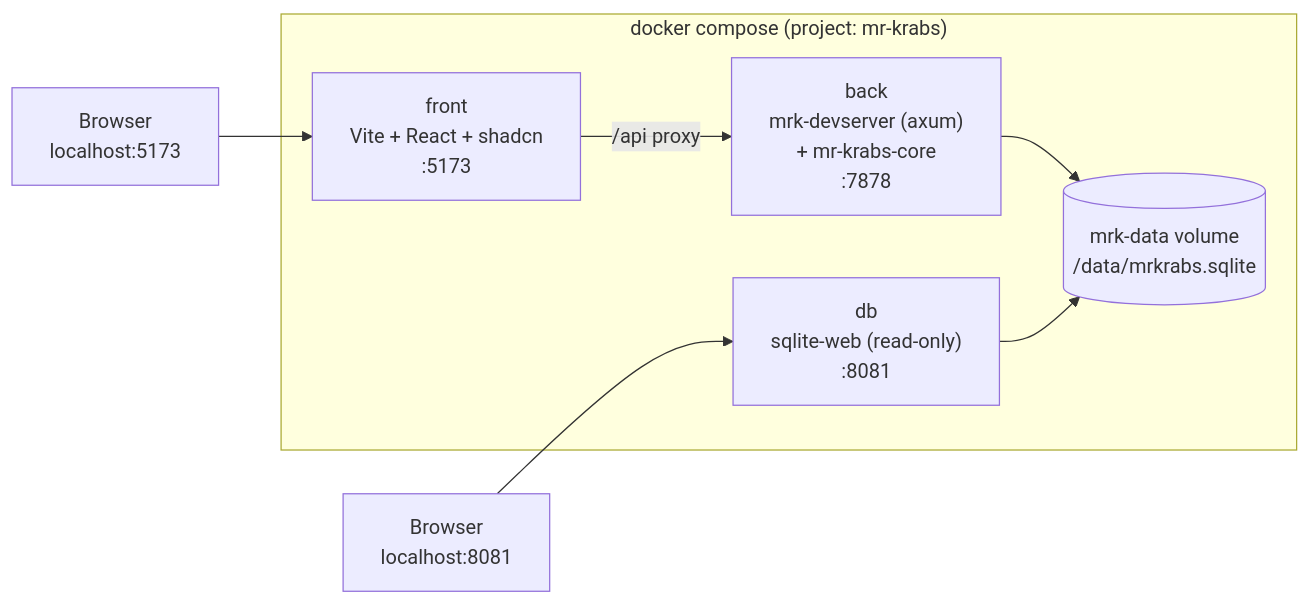
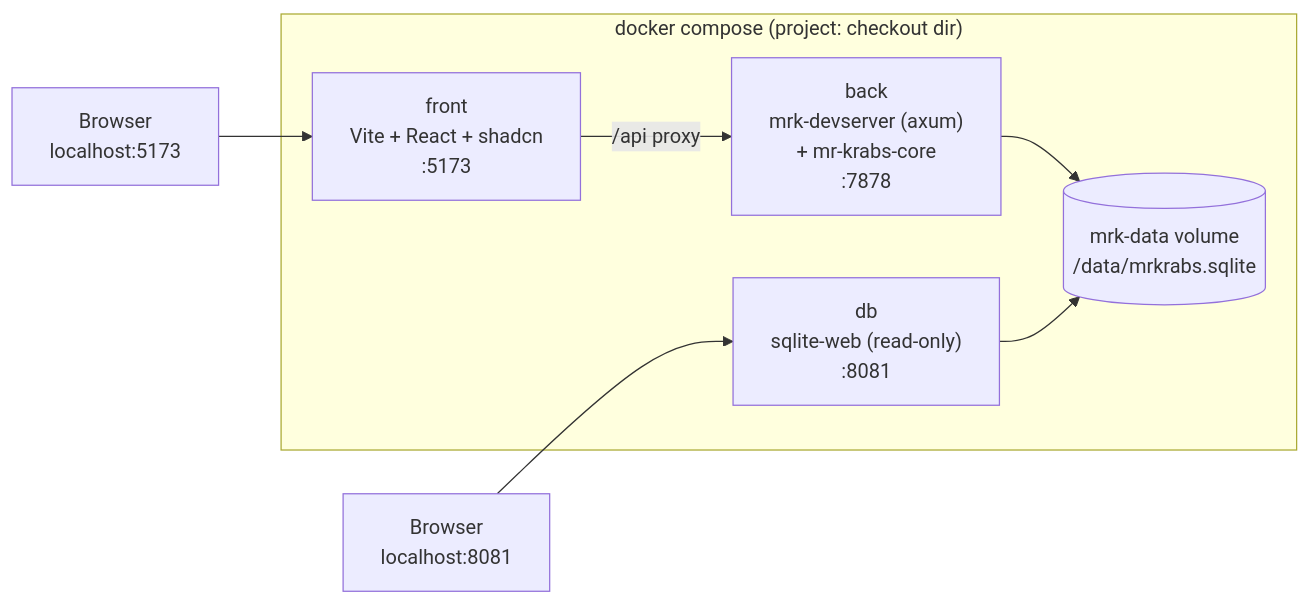
The diagram in docs/08-development.md (izentenosmith/mr-krabs), drawn with Mermaid before and after one commit. The commit also changed other lines of this file and 8 other files, not shown here.

First line of the commit message:
fix(docker): harden dev compose stack and commit lockfiles

````diff
--- a/docs/08-development.md
+++ b/docs/08-development.md
@@ -7,10 +7,10 @@
 ```mermaid
 flowchart LR
     Browser["Browser<br/>localhost:5173"] --> front
-    subgraph compose["docker compose (project: mr-krabs)"]
+    subgraph compose["docker compose (project: checkout dir)"]
         front["front<br/>Vite + React + shadcn<br/>:5173"] -- "/api proxy" --> back["back<br/>mrk-devserver (axum)<br/>+ mr-krabs-core<br/>:7878"]
         back --> vol[("mrk-data volume<br/>/data/mrkrabs.sqlite")]
         db["db<br/>sqlite-web (read-only)<br/>:8081"] --> vol
     end
     Browser2["Browser<br/>localhost:8081"] --> db
 ```
````
